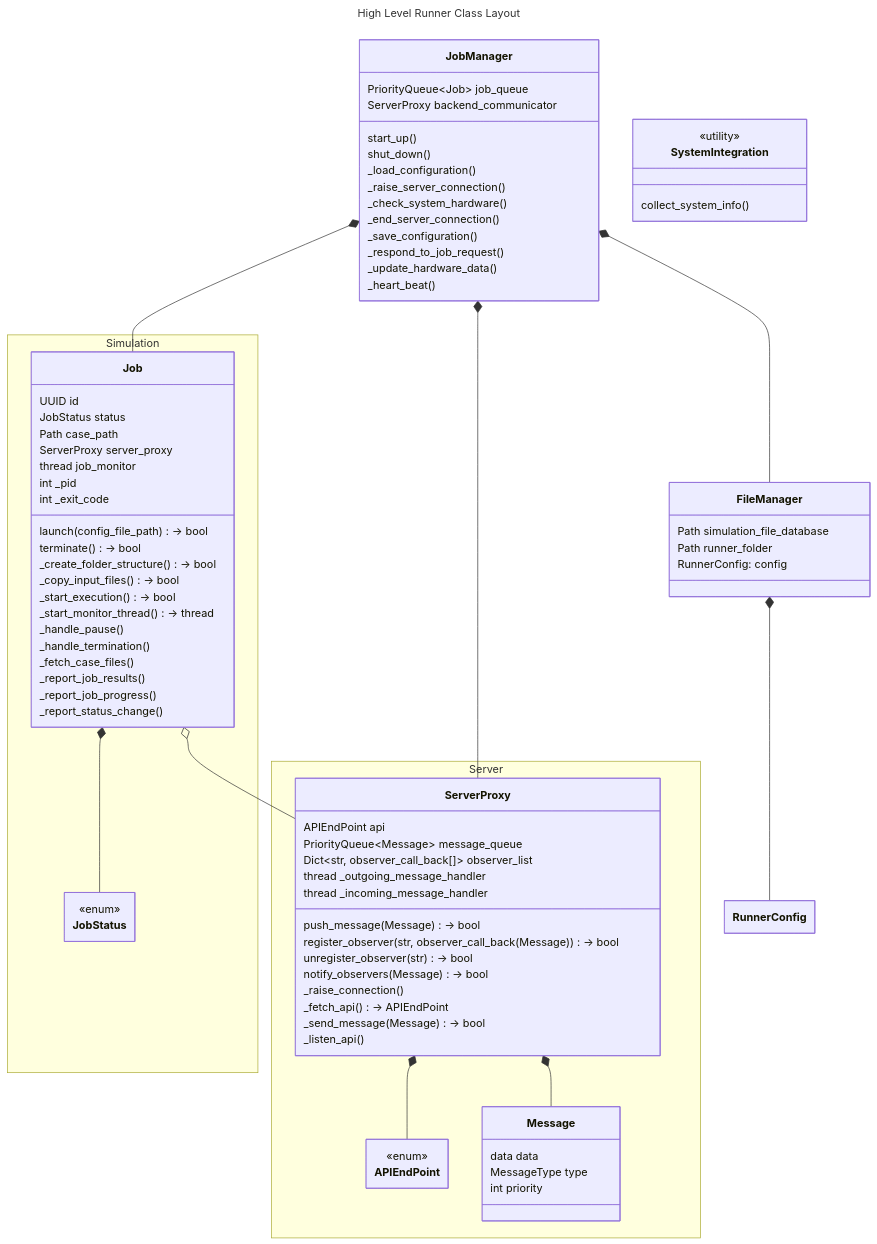
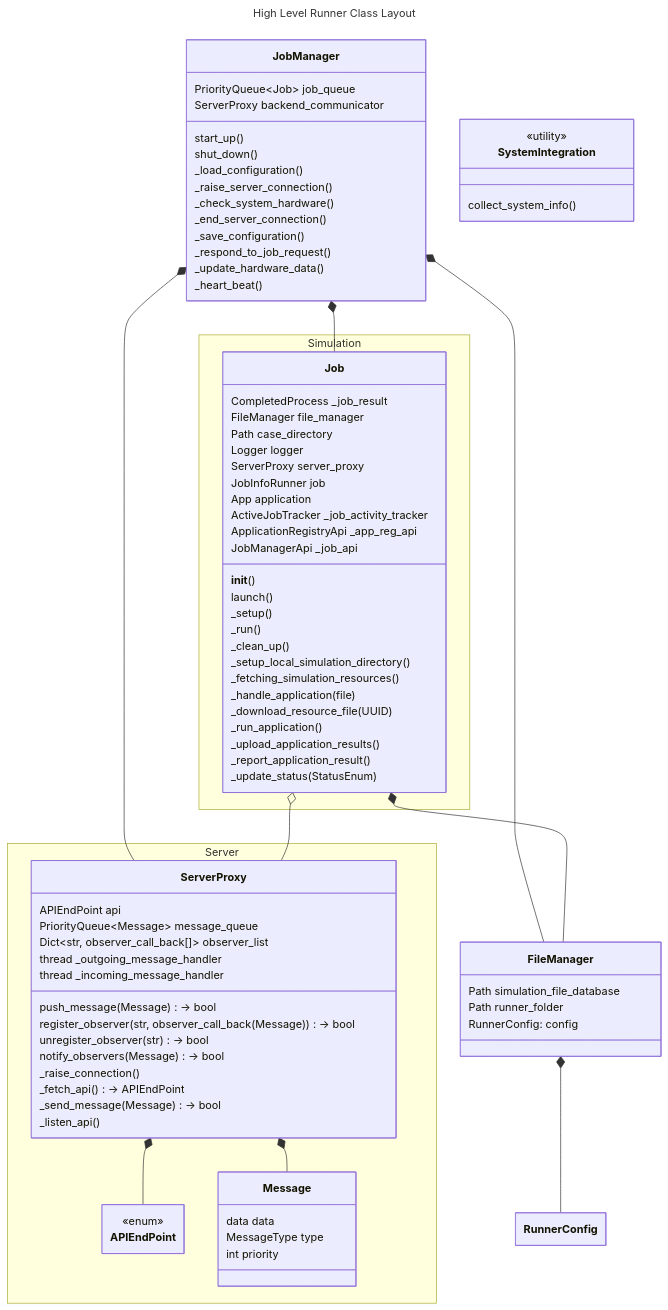
Before and after one commit to fyn-tech/fyn-runner: the diagram in docs/primary_design.md, drawn with Mermaid. The commit also changed 1 other file, not shown here.

Commit message:
- updated design docs for the runner. -  moved the _upload_application_results to the clean up functions

```diff
--- a/docs/primary_design.md
+++ b/docs/primary_design.md
@@ -82,8 +82,8 @@
   JobManager *--ServerProxy
   JobManager *-- FileManager
 
-  Job *-- JobStatus
   Job o-- ServerProxy
+  Job *-- FileManager
 
   ServerProxy *-- APIEndPoint
   ServerProxy *-- Message
@@ -122,37 +122,48 @@
 
     class Job {
       %% Attributes:
-      UUID id
-      JobStatus status
-      Path case_path
 
+      %% Python object attributes
+      CompletedProcess _job_result
+
+      %% Robber clients
+      FileManager file_manager 
+      Path case_directory
+      Logger logger
       ServerProxy server_proxy
-      thread job_monitor
 
-      int _pid
-      int _exit_code
+      %% OpenAPI client
+      JobInfoRunner job
+      App application 
+      ActiveJobTracker _job_activity_tracker
+      ApplicationRegistryApi _app_reg_api 
+      JobManagerApi _job_api 
+      
+      %% Methods
+      __init__()
+      launch()
 
-      %% Methods:
-      launch(config_file_path) -> bool
-      terminate() -> bool
+      %% Main Control Functions
+      _setup()
+      _run()
+      _clean_up()
 
-      %% launching
-      _create_folder_structure() -> bool
-      _copy_input_files() -> bool
-      _start_execution() -> bool
-      _start_monitor_thread() -> thread
+      %% Setup Functions
+      _setup_local_simulation_directory()
+      _fetching_simulation_resources()
+      _handle_application(file)
+      _download_resource_file(UUID)
+     
+      %% Run Functions
+      _run_application()
 
-      %% API
-      _handle_pause()
-      _handle_termination()
-      _fetch_case_files()
-      _report_job_results()
-      _report_job_progress()
-      _report_status_change()
-    }
+      %% Clean Up Functions
+      _upload_application_results()
+      _report_application_result()
 
-    class JobStatus {
-      <<enum>>
+      %% Misc
+      _update_status(StatusEnum)
+
     }
   }
 
```
